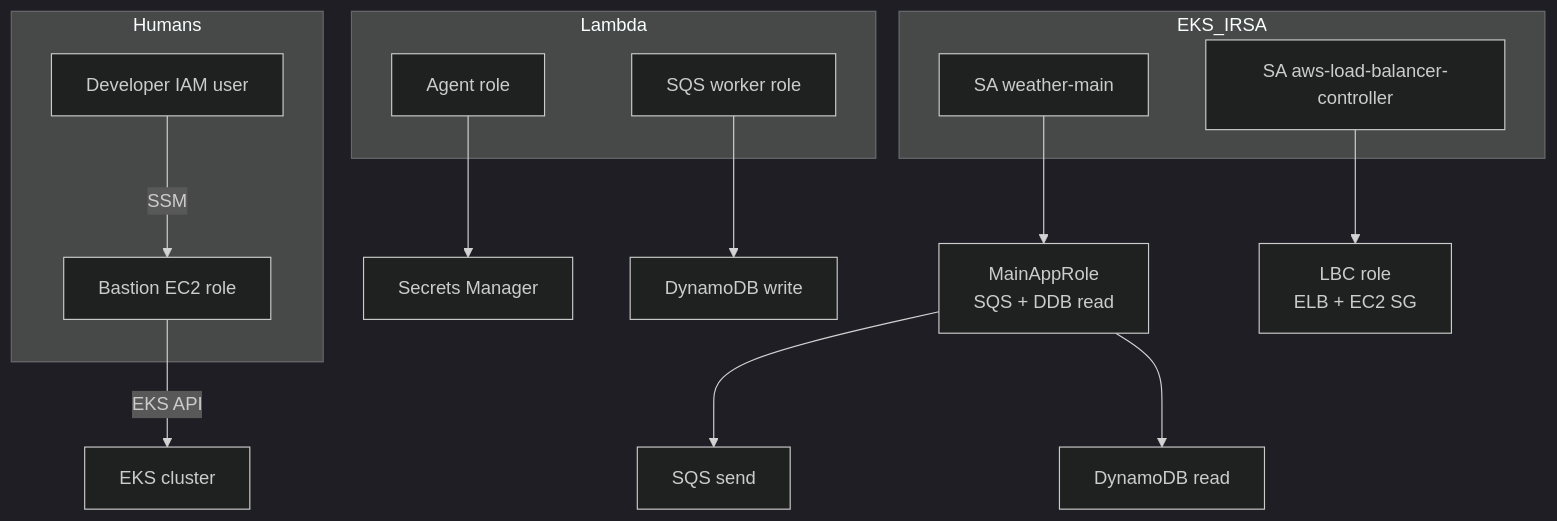
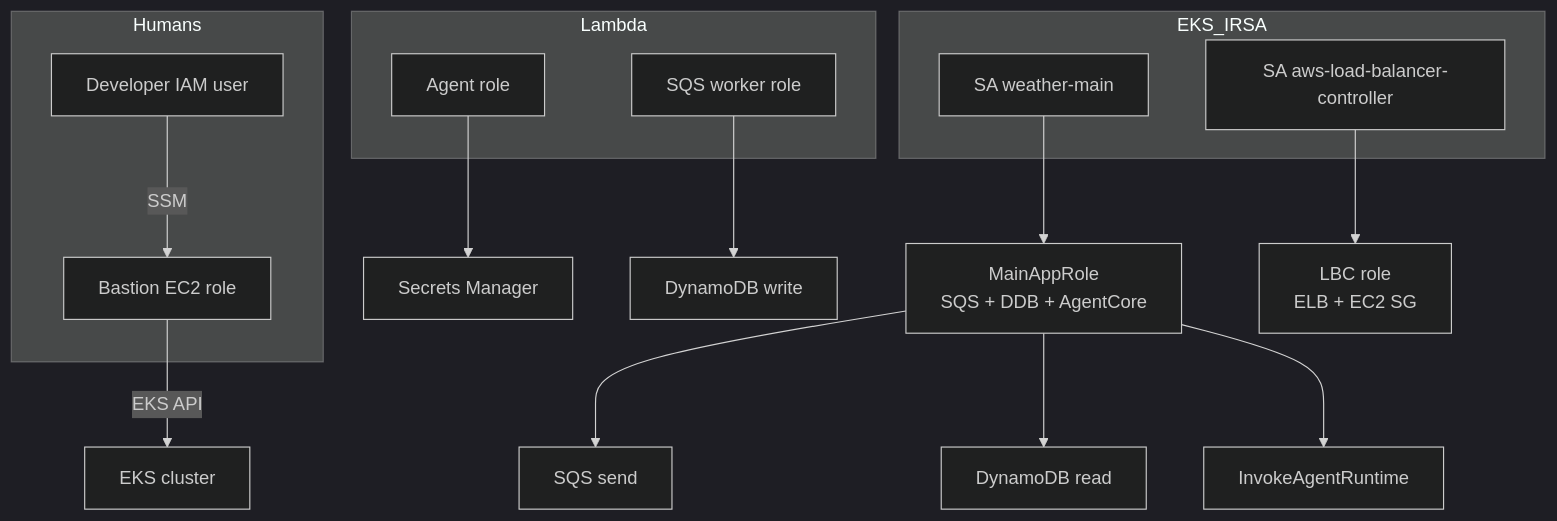
Before and after one commit to evyatare92/aws-project: the diagram in docs/architecture/iam-and-access.md, drawn with Mermaid (dark theme). The commit also changed other lines of this file and 22 other files, not shown here.

Commit message:
add agent core

````diff
--- a/docs/architecture/iam-and-access.md
+++ b/docs/architecture/iam-and-access.md
@@ -108,30 +122,31 @@
 ```mermaid
 flowchart TB
   subgraph Humans
     Dev["Developer IAM user"]
     BastionInst["Bastion EC2 role"]
   end
 
   subgraph EKS_IRSA
     MainSA["SA weather-main"]
     LBCSA["SA aws-load-balancer-controller"]
   end
 
-  MainRole["MainAppRole\nSQS + DDB read"]
+  MainRole["MainAppRole\nSQS + DDB + AgentCore"]
   LBCRole["LBC role\nELB + EC2 SG"]
   MainSA --> MainRole
   LBCSA --> LBCRole
 
   Dev -->|"SSM"| BastionInst
   BastionInst -->|"EKS API"| EKS["EKS cluster"]
 
   subgraph Lambda
     AgentR["Agent role"]
     SqsR["SQS worker role"]
   end
 
   AgentR --> SM["Secrets Manager"]
   SqsR --> DDB["DynamoDB write"]
   MainRole --> SQS["SQS send"]
   MainRole --> DDB2["DynamoDB read"]
+  MainRole --> AgentCoreAPI["InvokeAgentRuntime"]
 ```
````
